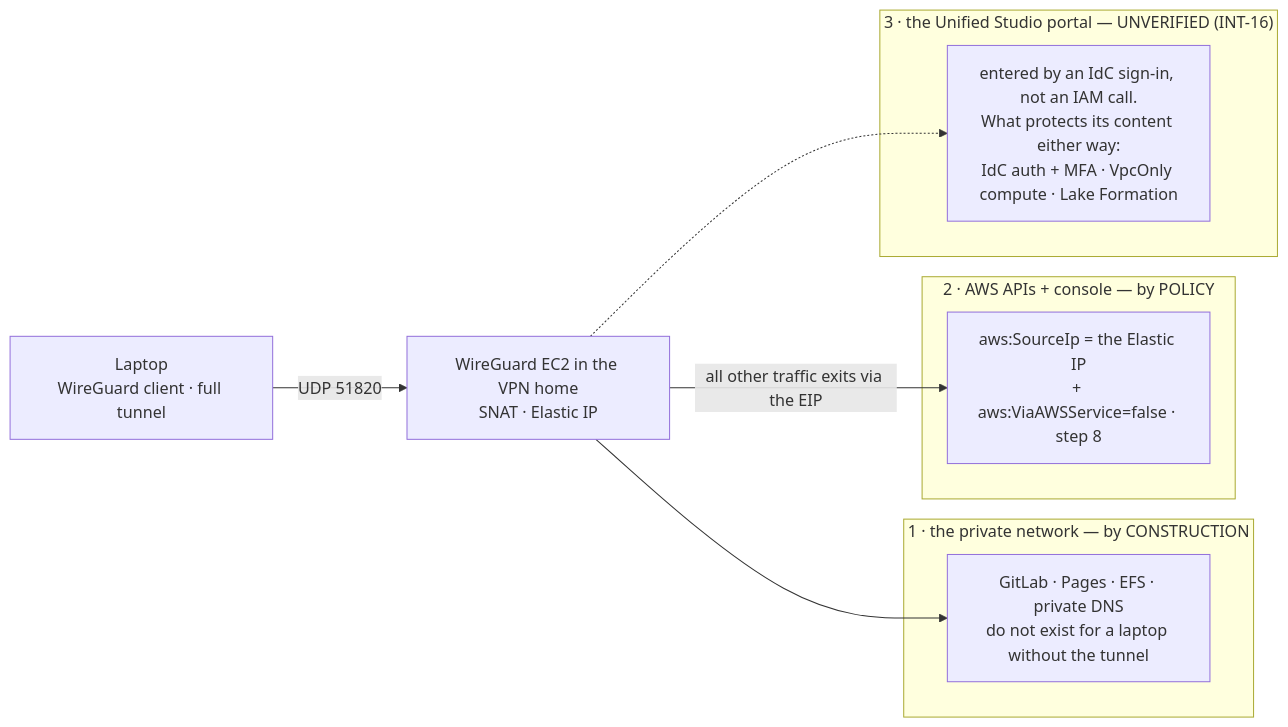
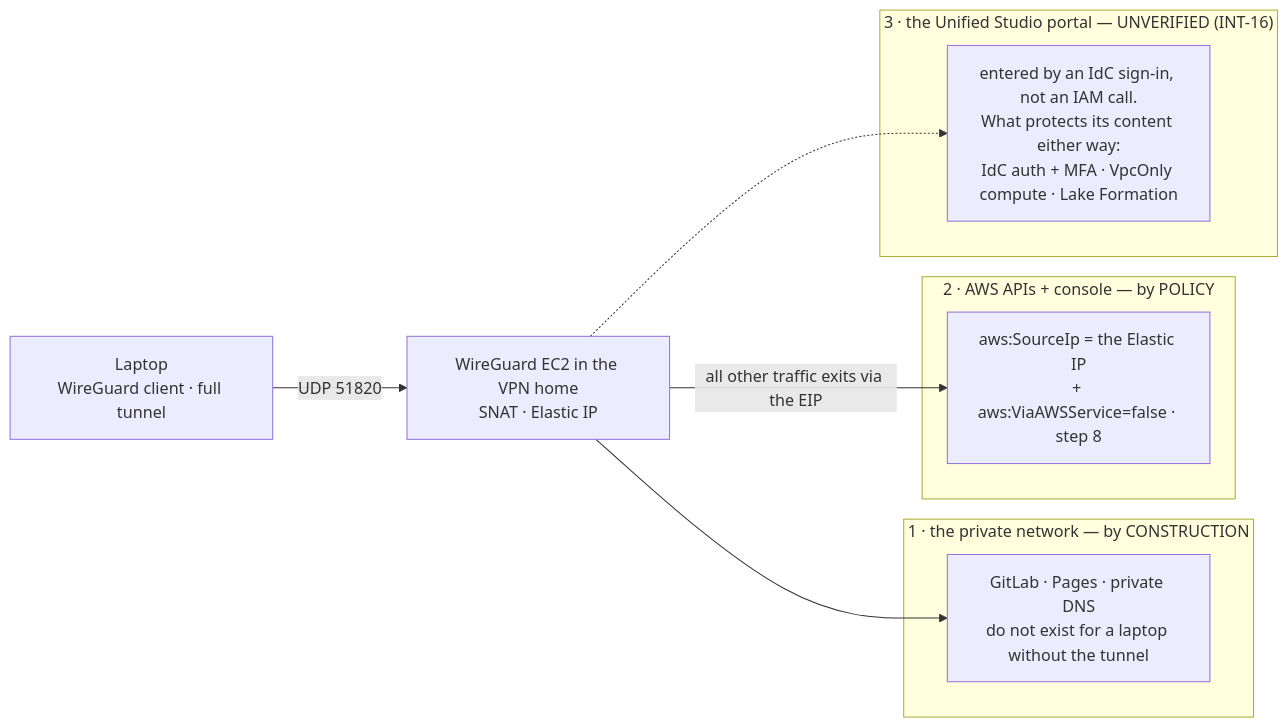
Before and after one commit to felipenoris/AWS-DataScience: the diagram in docs/plan/stages/stage-04-vpn.md, drawn with Mermaid. The commit also changed other lines of this file and 45 other files, not shown here.

````diff
--- a/docs/plan/stages/stage-04-vpn.md
+++ b/docs/plan/stages/stage-04-vpn.md
@@ -45,20 +45,20 @@
 ```mermaid
 flowchart LR
     LAPTOP["Laptop<br/>WireGuard client · full tunnel"]
     WG["WireGuard EC2 in the VPN home<br/>SNAT · Elastic IP"]
 
     subgraph R1["1 · the private network — by CONSTRUCTION"]
-        PRIV["GitLab · Pages · EFS · private DNS<br/>do not exist for a laptop without the tunnel"]
+        PRIV["GitLab · Pages · private DNS<br/>do not exist for a laptop without the tunnel"]
     end
     subgraph R2["2 · AWS APIs + console — by POLICY"]
         API["aws:SourceIp = the Elastic IP<br/>+ aws:ViaAWSService=false · step 8"]
     end
     subgraph R3["3 · the Unified Studio portal — UNVERIFIED (INT-16)"]
         PORTAL["entered by an IdC sign-in, not an IAM call.<br/>What protects its content either way:<br/>IdC auth + MFA · VpcOnly compute · Lake Formation"]
     end
 
     LAPTOP -->|"UDP 51820"| WG
     WG --> PRIV
     WG -->|"all other traffic exits via the EIP"| API
     WG -.-> PORTAL
 ```
````
